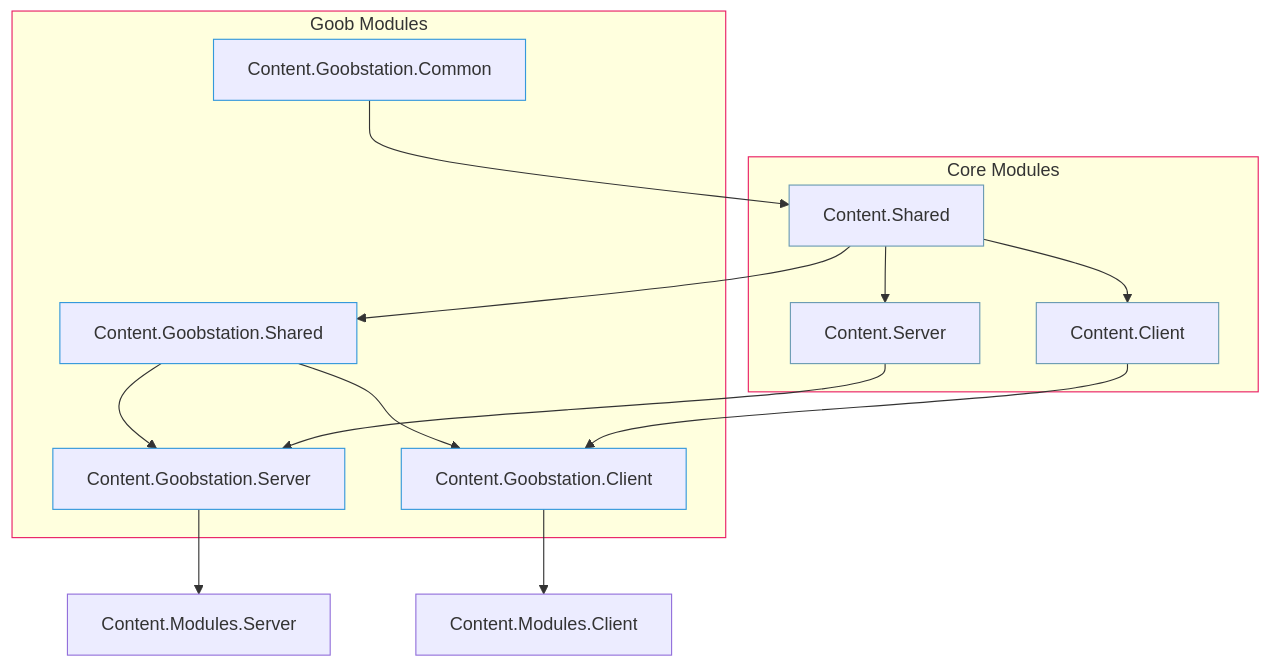
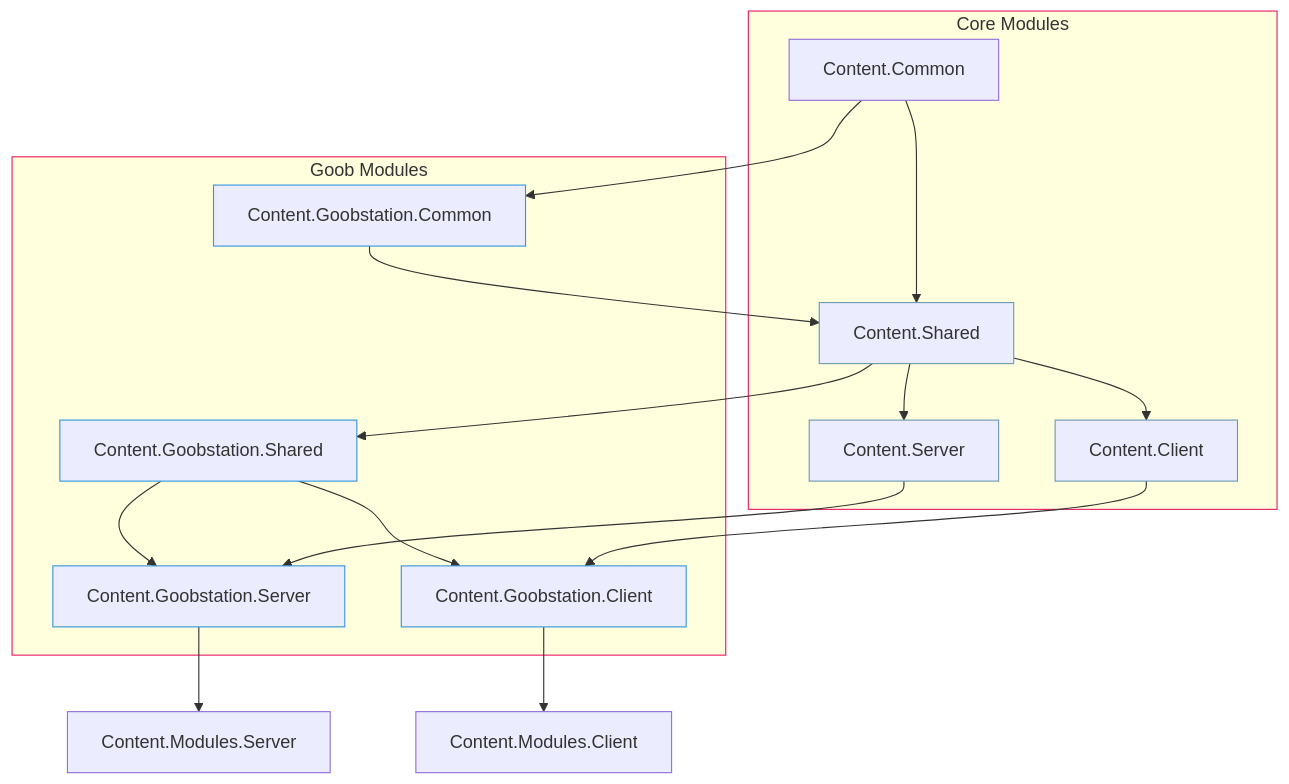
The first of 3 diagrams in src/en/general-development/codebase-info/goob-reforged/reforged-modules.md (Verbalase/docs), drawn with Mermaid before and after one commit. The commit also changed other lines of this file, not shown here.

````diff
--- a/src/en/general-development/codebase-info/goob-reforged/reforged-modules.md
+++ b/src/en/general-development/codebase-info/goob-reforged/reforged-modules.md
@@ -44,51 +46,57 @@
 ```mermaid
 flowchart TD
     CoreServer[Content.Server]
     style CoreServer stroke:#6b9bb3
     CoreClient[Content.Client]
     style CoreClient stroke:#6b9bb3
     CoreShared[Content.Shared]
+    style CoreShared stroke:#6b9bb3
+    CoreCommon[Content.Common]
     style CoreShared stroke:#6b9bb3
 
     GoobServer[Content.Goobstation.Server]
     style GoobServer stroke:#3498db
     GoobClient[Content.Goobstation.Client]
     style GoobClient stroke:#3498db
     GoobShared[Content.Goobstation.Shared]
     style GoobShared stroke:#3498db
     GoobCommon[Content.Goobstation.Common]
     style GoobCommon stroke:#3498db
 
     ModuleServer[Content.Modules.Server]
     style GoobShared stroke:#3498db
     ModuleClient[Content.Modules.Client]
     style GoobCommon stroke:#3498db
     
     subgraph CoreModules["Core Modules"]
         CoreServer
         CoreClient
         CoreShared
+        CoreCommon
     end
     style CoreModules stroke:#e91e63
 
     CoreShared --> CoreServer
     CoreShared --> CoreClient
 
     subgraph GoobModules["Goob Modules"]
         GoobServer
         GoobClient
         GoobShared
         GoobCommon
     end
     style GoobModules stroke:#e91e63
 
     GoobShared --> GoobServer
     GoobShared --> GoobClient
 
     GoobCommon --> CoreShared
+    CoreCommon --> GoobCommon
+    CoreCommon --> CoreShared
+    
     CoreShared --> GoobShared
     CoreServer --> GoobServer
     CoreClient --> GoobClient
     GoobServer --> ModuleServer
     GoobClient --> ModuleClient
 ```
````
